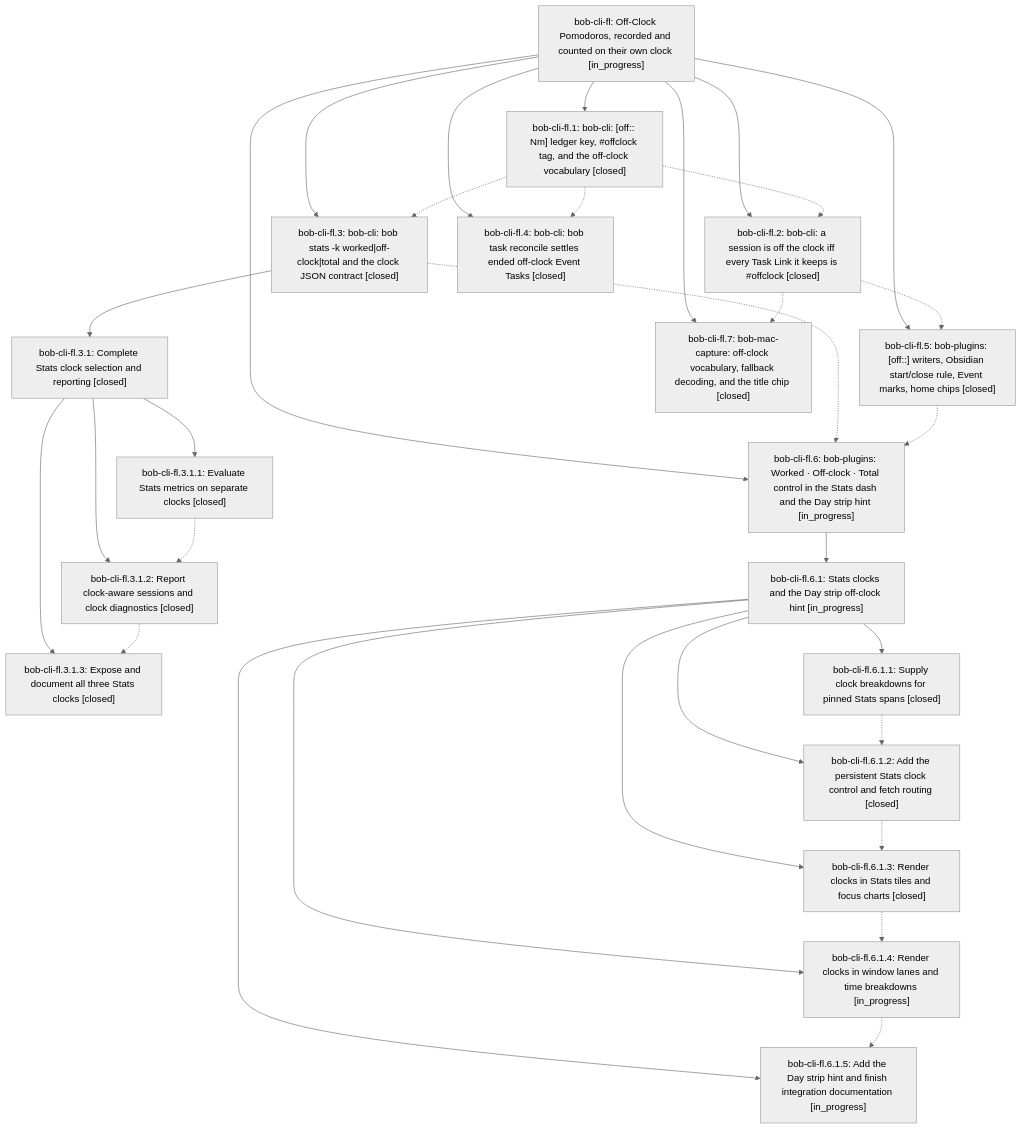
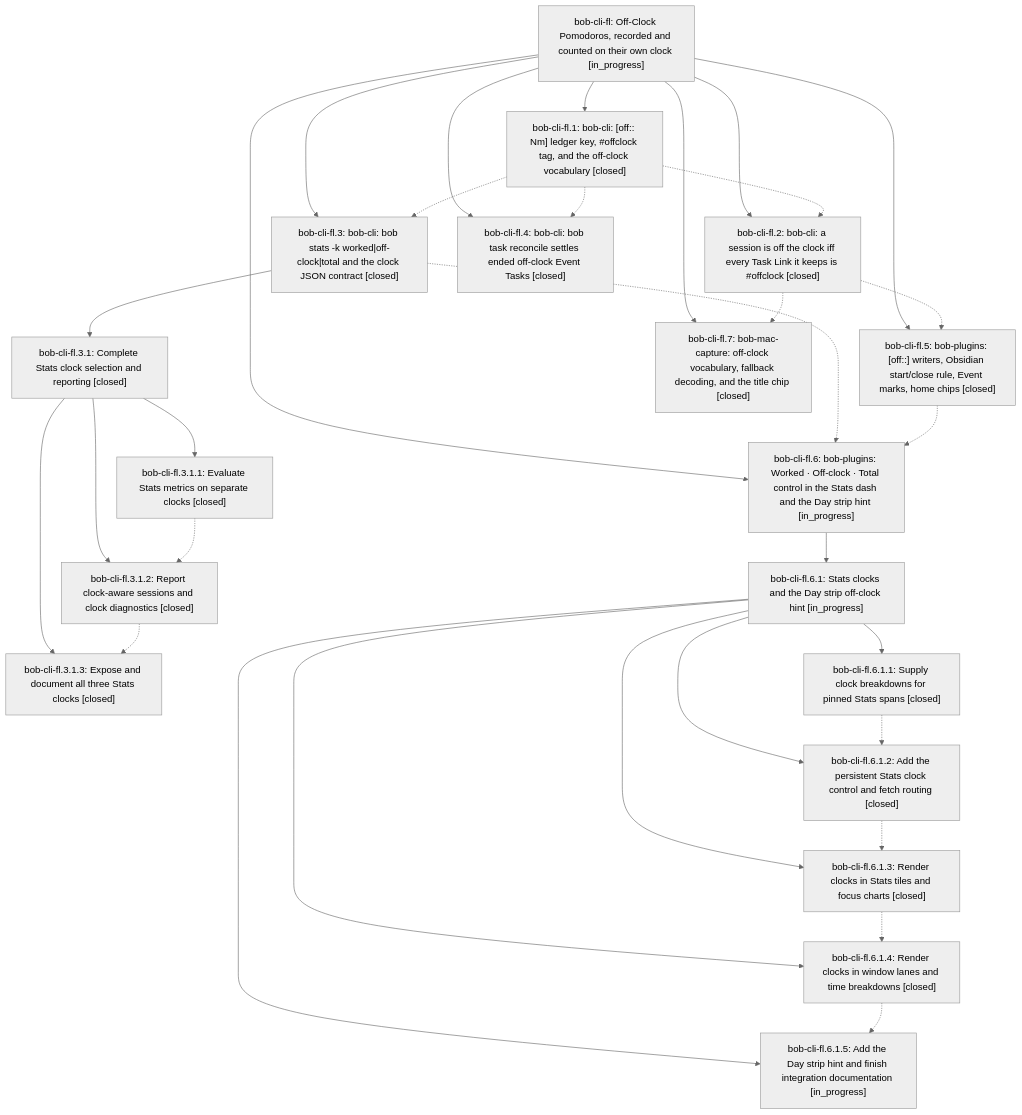
Before and after one commit to bobs-org/bob-cli--beads: the diagram in pages/bob-cli-fl/README.md, drawn with Mermaid (neutral theme). The commit also changed other lines of this file and 5 other files, not shown here.

First line of the commit message:
chore(beads): sync bead state and pages for bob-cli-fl

````diff
--- a/pages/bob-cli-fl/README.md
+++ b/pages/bob-cli-fl/README.md
@@ -42,51 +42,51 @@
 ```mermaid
 flowchart TD
     n0["bob-cli-fl: Off-Clock Pomodoros, recorded and counted on their own clock [in_progress]"]
     n1["bob-cli-fl.1: bob-cli: [off:: Nm] ledger key, #offclock tag, and the off-clock vocabulary [closed]"]
     n2["bob-cli-fl.2: bob-cli: a session is off the clock iff every Task Link it keeps is #offclock [closed]"]
     n3["bob-cli-fl.3: bob-cli: bob stats -k worked|off-clock|total and the clock JSON contract [closed]"]
     n4["bob-cli-fl.3.1: Complete Stats clock selection and reporting [closed]"]
     n5["bob-cli-fl.3.1.1: Evaluate Stats metrics on separate clocks [closed]"]
     n6["bob-cli-fl.3.1.2: Report clock-aware sessions and clock diagnostics [closed]"]
     n7["bob-cli-fl.3.1.3: Expose and document all three Stats clocks [closed]"]
     n8["bob-cli-fl.4: bob-cli: bob task reconcile settles ended off-clock Event Tasks [closed]"]
     n9["bob-cli-fl.5: bob-plugins: [off::] writers, Obsidian start/close rule, Event marks, home chips [closed]"]
     n10["bob-cli-fl.6: bob-plugins: Worked · Off-clock · Total control in the Stats dash and the Day strip hint [in_progress]"]
     n11["bob-cli-fl.6.1: Stats clocks and the Day strip off-clock hint [in_progress]"]
     n12["bob-cli-fl.6.1.1: Supply clock breakdowns for pinned Stats spans [closed]"]
     n13["bob-cli-fl.6.1.2: Add the persistent Stats clock control and fetch routing [closed]"]
     n14["bob-cli-fl.6.1.3: Render clocks in Stats tiles and focus charts [closed]"]
-    n15["bob-cli-fl.6.1.4: Render clocks in window lanes and time breakdowns [in_progress]"]
+    n15["bob-cli-fl.6.1.4: Render clocks in window lanes and time breakdowns [closed]"]
     n16["bob-cli-fl.6.1.5: Add the Day strip hint and finish integration documentation [in_progress]"]
     n17["bob-cli-fl.7: bob-mac-capture: off-clock vocabulary, fallback decoding, and the title chip [closed]"]
     n0 --> n1
     n0 --> n2
     n0 --> n3
     n3 --> n4
     n4 --> n5
     n4 --> n6
     n4 --> n7
     n0 --> n8
     n0 --> n9
     n0 --> n10
     n10 --> n11
     n11 --> n12
     n11 --> n13
     n11 --> n14
     n11 --> n15
     n11 --> n16
     n0 --> n17
     n1 -.-> n2
     n1 -.-> n3
     n1 -.-> n8
     n2 -.-> n9
     n2 -.-> n17
     n3 -.-> n10
     n5 -.-> n6
     n6 -.-> n7
     n9 -.-> n10
     n12 -.-> n13
     n13 -.-> n14
     n14 -.-> n15
     n15 -.-> n16
 ```
````
